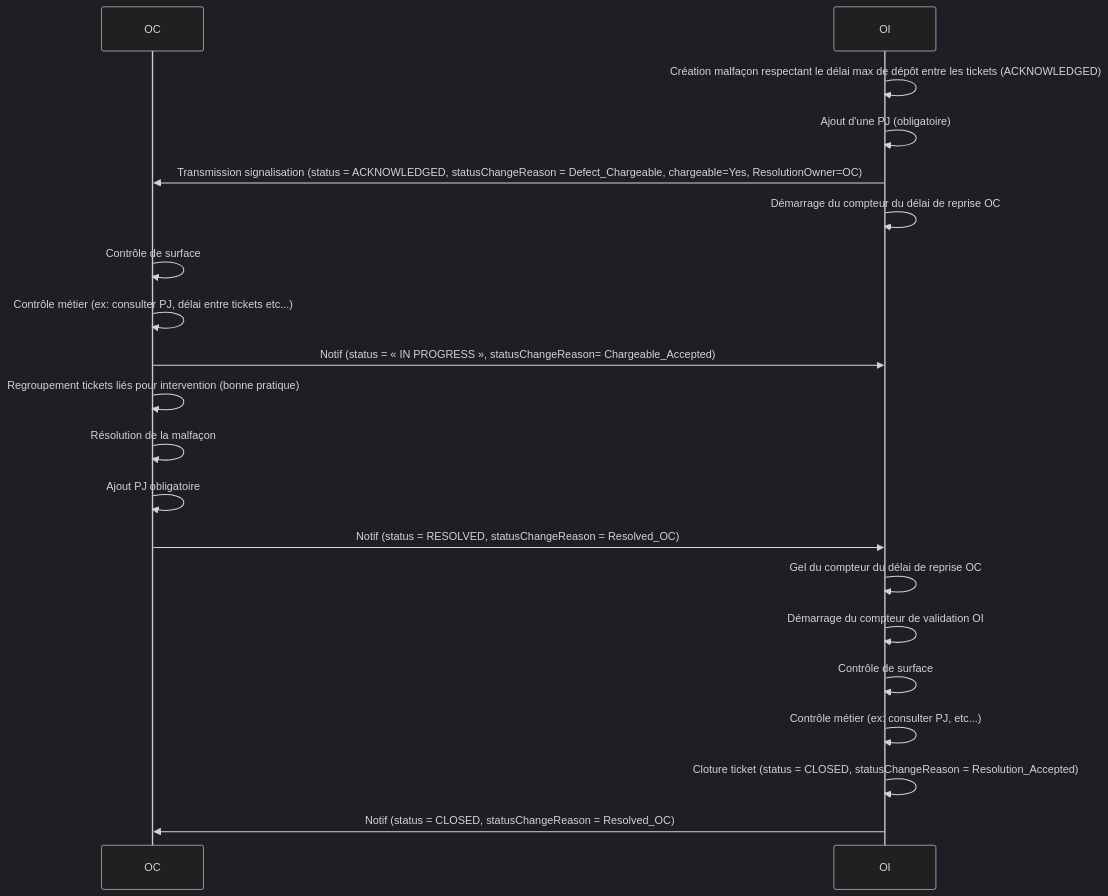
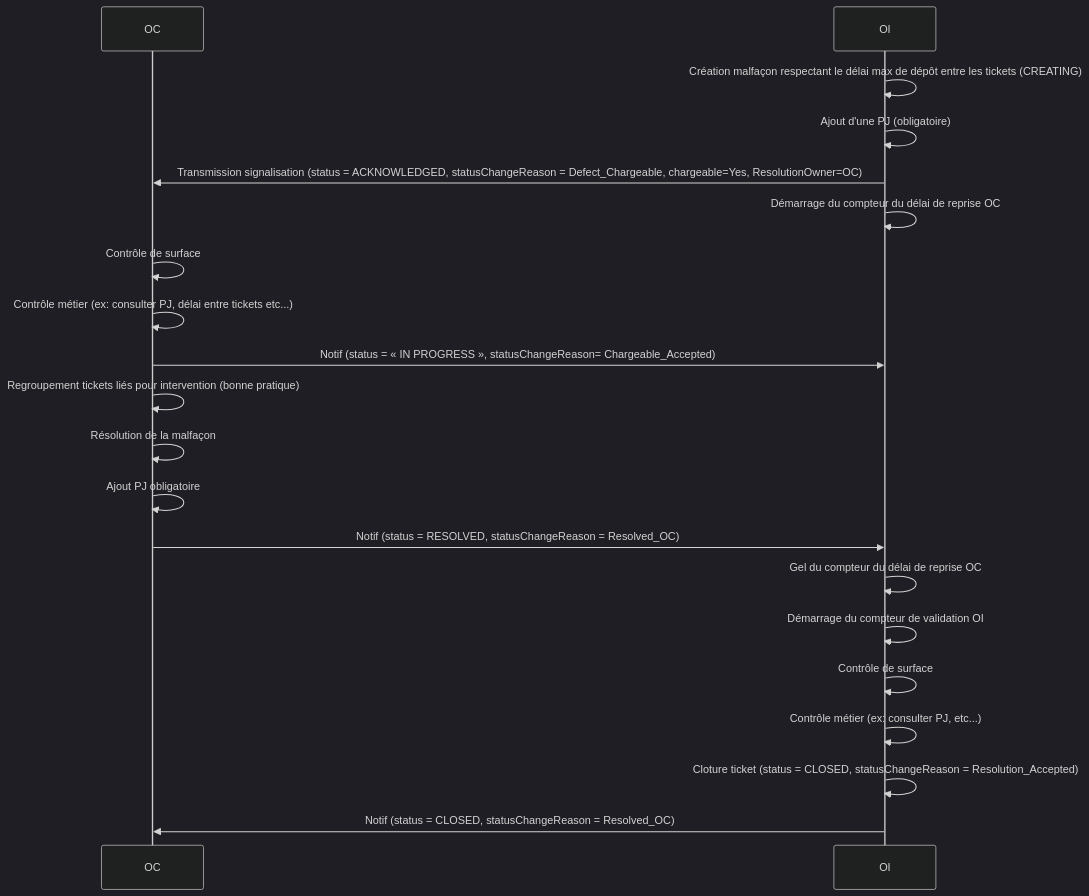
One commit to before-interop/malfacon changed the first of 12 diagrams in README.md. Above: the diagram before and after it, drawn with Mermaid (dark theme). The commit also changed other lines of this file and 5 other files, not shown here.

````diff
--- a/README.md
+++ b/README.md
@@ -262,24 +306,24 @@
 ```mermaid
 sequenceDiagram
 
   participant OC
   participant OI
 
-  OI->>OI: Création malfaçon respectant le délai max de dépôt entre les tickets (ACKNOWLEDGED)
+  OI->>OI: Création malfaçon respectant le délai max de dépôt entre les tickets (CREATING)
   OI->>OI: Ajout d'une PJ (obligatoire)
   OI->>OC: Transmission signalisation (status = ACKNOWLEDGED, statusChangeReason = Defect_Chargeable, chargeable=Yes, ResolutionOwner=OC)
   OI->>OI: Démarrage du compteur du délai de reprise OC
   OC->>OC: Contrôle de surface
   OC->>OC: Contrôle métier (ex: consulter PJ, délai entre tickets etc...)
-  OC->>OI: Notif (status = « IN PROGRESS », statusChangeReason= Chargeable_Accepted)
+  OC->>OI: Notif (status = « IN PROGRESS », statusChangeReason= Chargeable_Accepted)
   OC->>OC: Regroupement tickets liés pour intervention (bonne pratique)
   OC->>OC: Résolution de la malfaçon
   OC->>OC: Ajout PJ obligatoire
   OC->>OI: Notif (status = RESOLVED, statusChangeReason = Resolved_OC)
   OI->>OI: Gel du compteur du délai de reprise OC
   OI->>OI: Démarrage du compteur de validation OI
   OI->>OI: Contrôle de surface
   OI->>OI: Contrôle métier (ex: consulter PJ, etc...)
   OI->>OI: Cloture ticket (status = CLOSED, statusChangeReason = Resolution_Accepted)
   OI->>OC: Notif (status = CLOSED, statusChangeReason = Resolved_OC)
 ```
````
